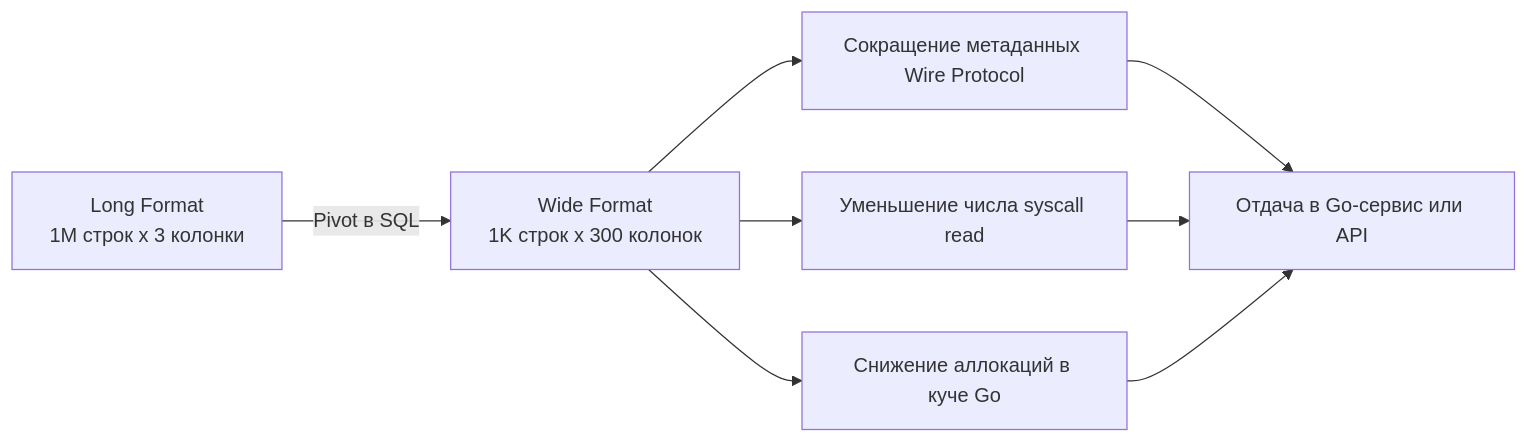
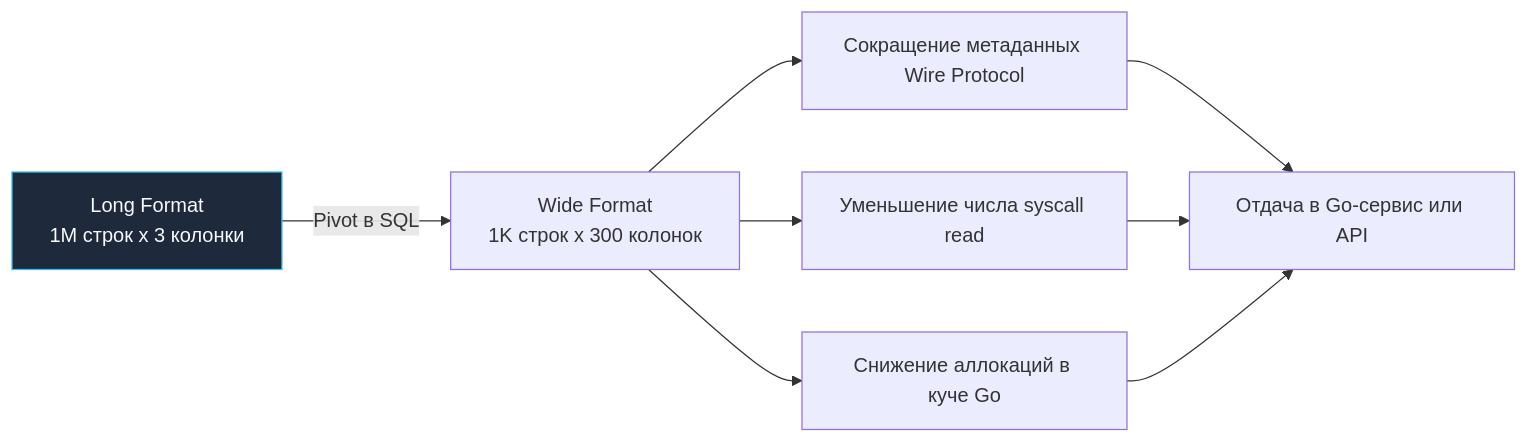
Before and after one commit to UnrealTemplier/go-textbook: the diagram in sources/12. Базы данных/03. SQL продвинутый/7. Pivot и аналитические запросы.md, drawn with Mermaid. The commit also changed 1666 other files, not shown here.

First line of the commit message:
feat(mermaid): add semantic color classDef to 1369 colorless flowchart/graph diagrams

````diff
--- a/sources/12. Базы данных/03. SQL продвинутый/7. Pivot и аналитические запросы.md
+++ b/sources/12. Базы данных/03. SQL продвинутый/7. Pivot и аналитические запросы.md
@@ -83,10 +83,20 @@
 ```mermaid
 flowchart LR
-    A["Long Format<br>1M строк x 3 колонки"] -->|Pivot в SQL| B["Wide Format<br>1K строк x 300 колонок"]
+    classDef process  fill:#1e293b,stroke:#38bdf8,stroke-width:1px,color:#f8fafc
+    classDef success  fill:#064e3b,stroke:#34d399,stroke-width:1px,color:#f8fafc
+    classDef error    fill:#7f1d1d,stroke:#f87171,stroke-width:1px,color:#f8fafc
+    classDef warning  fill:#78350f,stroke:#fbbf24,stroke-width:1px,color:#f8fafc
+    classDef entry    fill:#1e3a5f,stroke:#38bdf8,stroke-width:2px,color:#f8fafc
+    classDef aux      fill:#334155,stroke:#64748b,stroke-width:1px,color:#f8fafc
+    classDef system   fill:#312e81,stroke:#a78bfa,stroke-width:1px,color:#f8fafc
+    classDef data     fill:#132d29,stroke:#2dd4bf,stroke-width:1px,color:#f8fafc
+    classDef network  fill:#881337,stroke:#fb7185,stroke-width:1px,color:#f8fafc
+    classDef accent   fill:#1e1b4b,stroke:#818cf8,stroke-width:1px,color:#f8fafc
+    A["Long Format<br>1M строк x 3 колонки"]:::process -->|Pivot в SQL| B["Wide Format<br>1K строк x 300 колонок"]
     B --> C["Сокращение метаданных Wire Protocol"]
     B --> D["Уменьшение числа syscall read"]
     B --> E["Снижение аллокаций в куче Go"]
     C --> F["Отдача в Go-сервис или API"]
     D --> F
     E --> F
 ```
````
